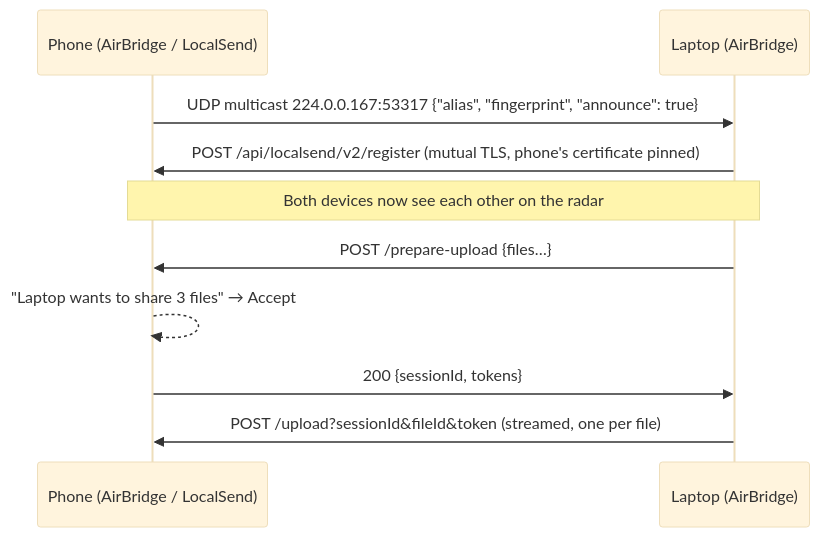
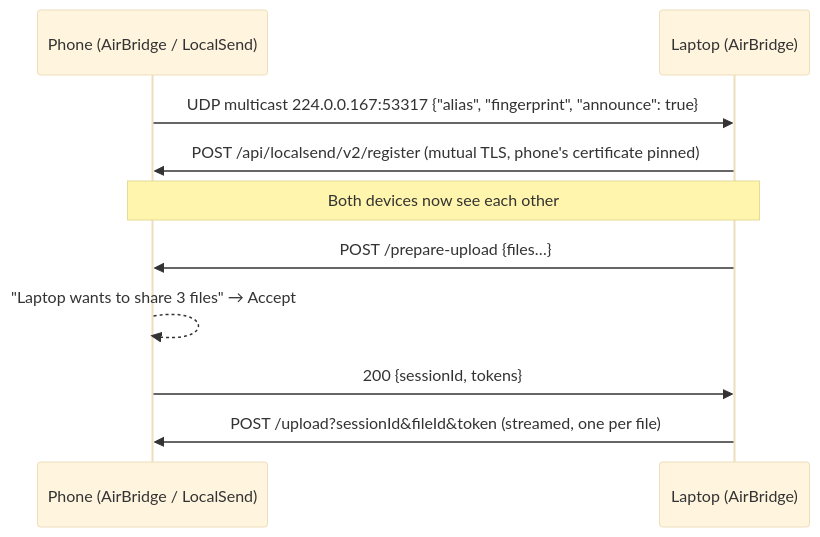
One commit to MDHaarith/Linux-Android-AirDrop changed the diagram in README.md. Above: the diagram before and after it, drawn with Mermaid (base theme). The commit also changed other lines of this file and 29 other files, not shown here.

````diff
--- a/README.md
+++ b/README.md
@@ -204,12 +227,12 @@
 ```mermaid
 sequenceDiagram
     participant P as Phone (AirBridge / LocalSend)
     participant L as Laptop (AirBridge)
     P->>L: UDP multicast 224.0.0.167:53317 {"alias", "fingerprint", "announce": true}
     L->>P: POST /api/localsend/v2/register (mutual TLS, phone's certificate pinned)
-    Note over P,L: Both devices now see each other on the radar
+    Note over P,L: Both devices now see each other
     L->>P: POST /prepare-upload {files…}
     P-->>P: "Laptop wants to share 3 files" → Accept
     P->>L: 200 {sessionId, tokens}
     L->>P: POST /upload?sessionId&fileId&token (streamed, one per file)
 ```
````
